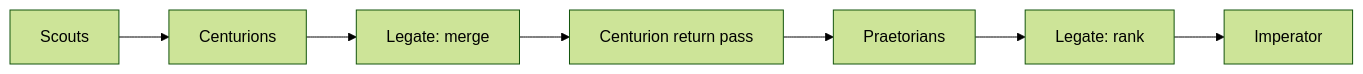
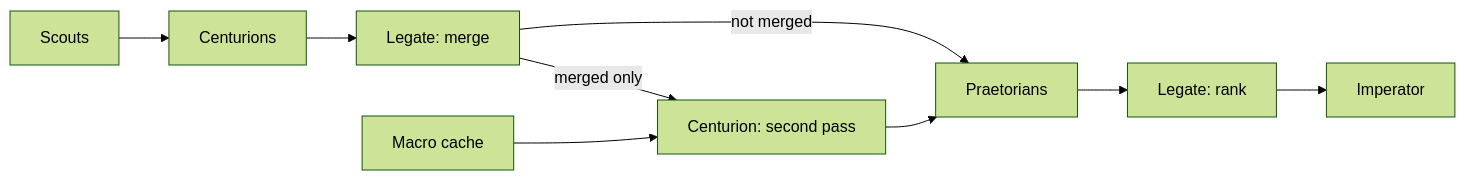
One commit to Nodemana/cause-n-effect changed the diagram in README.md. Above: the diagram before and after it, drawn with Mermaid (forest theme). The commit also changed other lines of this file and 10 other files, not shown here.

First line of the commit message:
Send only merged findings back for a second thesis pass (#13)

````diff
--- a/README.md
+++ b/README.md
@@ -8,4 +8,8 @@
 ```mermaid
 flowchart LR
-  S[Scouts] --> C1[Centurions] --> M[Legate: merge] --> C2[Centurion return pass] --> P[Praetorians] --> R[Legate: rank] --> I[Imperator]
+  S[Scouts] --> C1[Centurions] --> M[Legate: merge]
+  M -->|merged only| C2[Centurion: second pass] --> P[Praetorians]
+  M -->|not merged| P
+  MAC[Macro cache] --> C2
+  P --> R[Legate: rank] --> I[Imperator]
 ```
````
